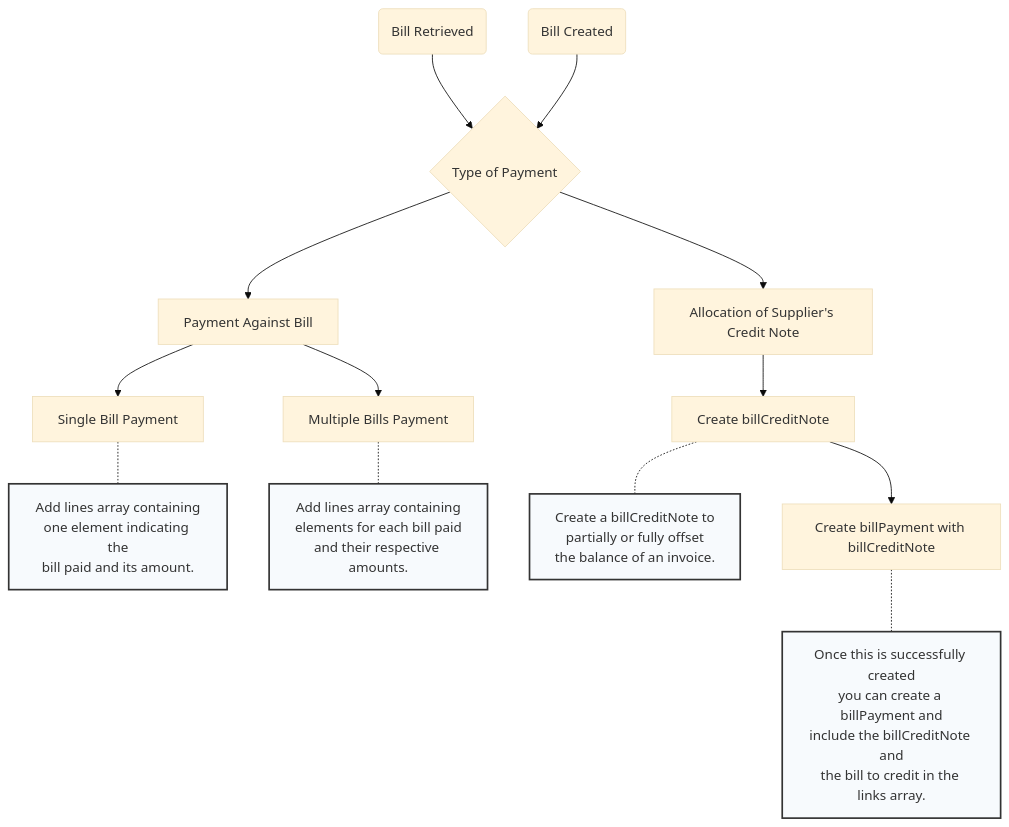
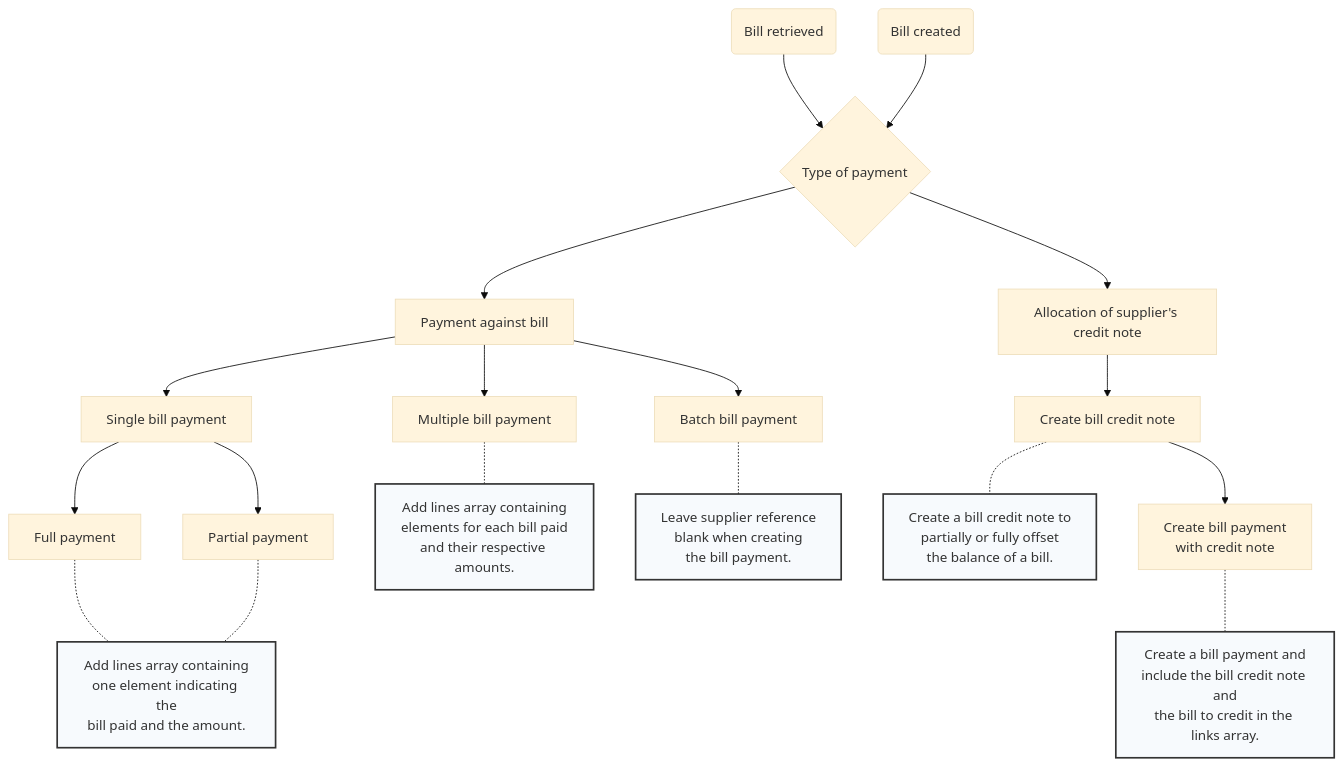
Before and after one commit to codatio/codat-docs: the second of 2 diagrams in docs/payables/payments.md, drawn with Mermaid (base theme). The commit also changed other lines of this file and 13 other files, not shown here.

````diff
--- a/docs/payables/payments.md
+++ b/docs/payables/payments.md
@@ -20,31 +92,38 @@
 ```mermaid
 
 graph TD
     style note1 fill:#f7fafd,stroke:#333,stroke-width:2px,font-color:#ffffff;
     style note2 fill:#f7fafd,stroke:#333,stroke-width:2px,font-color:#ffffff;
     style note3 fill:#f7fafd,stroke:#333,stroke-width:2px,font-color:#ffffff;
     style note4 fill:#f7fafd,stroke:#333,stroke-width:2px,font-color:#ffffff;
+    style note5 fill:#f7fafd,stroke:#333,stroke-width:2px,font-color:#ffffff;
     style D1 round
     style D2 round
     style D3 round
     style D4 round
 
-    A1(Bill Retrieved) --> B{Type of Payment}
-    A2(Bill Created) --> B
+    A1(Bill retrieved) --> B{Type of payment}
+    A2(Bill created) --> B
 
-    B --> C1[Payment Against Bill]
-    B --> C2[Allocation of Supplier's Credit Note]
+    B --> C1[Payment against bill]
+    B --> C2[Allocation of supplier's credit note]
 
-    C1 --> D1[Single Bill Payment]
-    D1 -.- note1[Add lines array containing<br>one element indicating the<br>bill paid and its amount.]
+    C1 --> D1[Single bill payment]
+    D1 --> E1[Full payment]
+    D1 --> E2[Partial payment]
+    E1 -.- note1[Add lines array containing<br>one element indicating the<br>bill paid and the amount.]
+    E2 -.- note1
 
-    C1 --> D2[Multiple Bills Payment]
+    C1 --> D2[Multiple bill payment]
     D2 -.- note2[Add lines array containing<br>elements for each bill paid<br>and their respective amounts.]
 
-    C2 --> D3[Create billCreditNote]
-    D3 -.- note3[Create a billCreditNote to<br>partially or fully offset<br>the balance of an invoice.]
+    C1 --> D4[Batch bill payment]
+    D4 -.- note5[Leave supplier reference<br> blank when creating <br>the bill payment.]
 
-    D3 --> D4[Create billPayment with billCreditNote]
-    D4 -.- note4[Once this is successfully created<br>you can create a billPayment and<br>include the billCreditNote and<br>the bill to credit in the links array.]
+    C2 --> D3[Create bill credit note]
+    D3 -.- note3[Create a bill credit note to<br>partially or fully offset<br>the balance of a bill.]
+
+    D3 --> E3[Create bill payment <br>with credit note]
+    E3 -.- note4[Create a bill payment and<br>include the bill credit note and<br>the bill to credit in the links array.]
 
 ```
````
